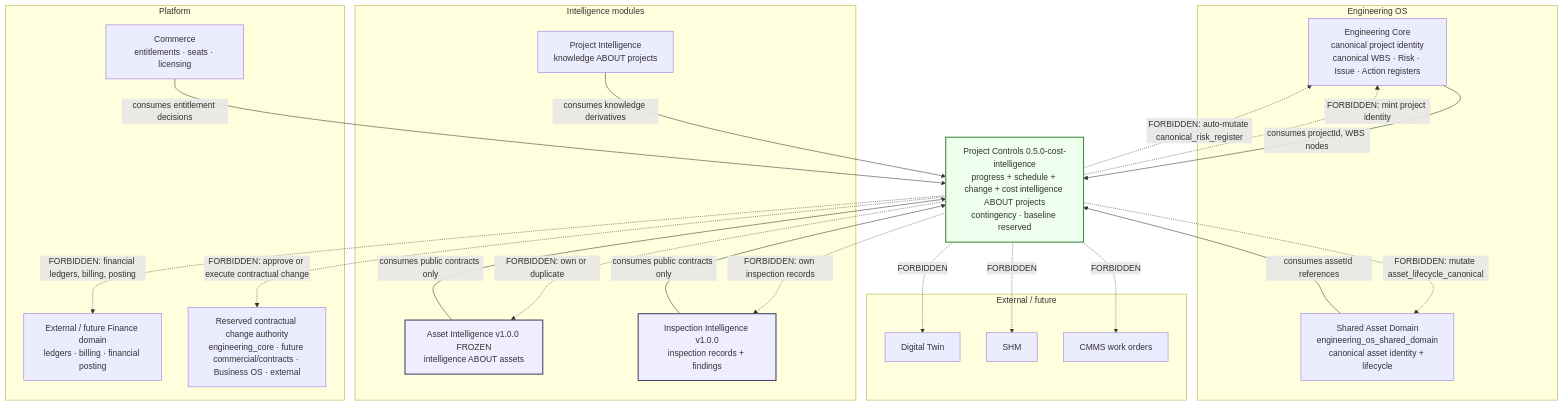
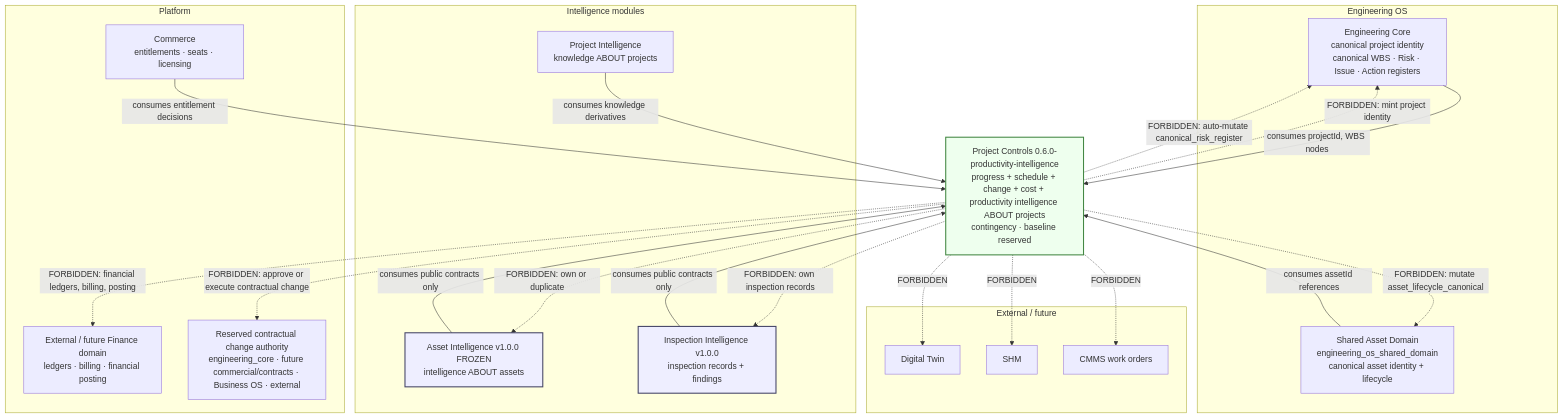
The diagram in docs/architecture/PROJECT_CONTROLS_BOUNDARY_MAP.md (sberso2026/AI-Platform), drawn with Mermaid before and after one commit. The commit also changed other lines of this file and 37 other files, not shown here.

Commit message:
Implement Phase 11F productivity intelligence with governed Project Profile integration.

````diff
--- a/docs/architecture/PROJECT_CONTROLS_BOUNDARY_MAP.md
+++ b/docs/architecture/PROJECT_CONTROLS_BOUNDARY_MAP.md
@@ -11,50 +11,50 @@
 ```mermaid
 flowchart TB
   subgraph EOS["Engineering OS"]
     CORE["Engineering Core<br/>canonical project identity<br/>canonical WBS · Risk · Issue · Action registers"]
     SHARED["Shared Asset Domain<br/>engineering_os_shared_domain<br/>canonical asset identity + lifecycle"]
   end
 
   subgraph MODULES["Intelligence modules"]
     PI["Project Intelligence<br/>knowledge ABOUT projects"]
     AI["Asset Intelligence v1.0.0 FROZEN<br/>intelligence ABOUT assets"]
     II["Inspection Intelligence v1.0.0<br/>inspection records + findings"]
   end
 
   subgraph PLATFORM["Platform"]
     COMMERCE["Commerce<br/>entitlements · seats · licensing"]
     FINANCE["External / future Finance domain<br/>ledgers · billing · financial posting"]
     CONTRACTS["Reserved contractual change authority<br/>engineering_core · future commercial/contracts · Business OS · external"]
   end
 
   subgraph EXTERNAL["External / future"]
     TWIN["Digital Twin"]
     SHM["SHM"]
     CMMS["CMMS work orders"]
   end
 
-  PC["Project Controls 0.5.0-cost-intelligence<br/>progress + schedule + change + cost intelligence ABOUT projects<br/>contingency · baseline reserved"]
+  PC["Project Controls 0.6.0-productivity-intelligence<br/>progress + schedule + change + cost + productivity intelligence ABOUT projects<br/>contingency · baseline reserved"]
 
   CORE -->|consumes projectId, WBS nodes| PC
   PI -->|consumes knowledge derivatives| PC
   AI -->|consumes public contracts only| PC
   II -->|consumes public contracts only| PC
   COMMERCE -->|consumes entitlement decisions| PC
   SHARED -->|consumes assetId references| PC
 
   PC -.->|FORBIDDEN: mint project identity| CORE
   PC -.->|FORBIDDEN: auto-mutate canonical_risk_register| CORE
   PC -.->|FORBIDDEN: mutate asset_lifecycle_canonical| SHARED
   PC -.->|FORBIDDEN: own or duplicate| AI
   PC -.->|FORBIDDEN: own inspection records| II
   PC -.->|FORBIDDEN: financial ledgers, billing, posting| FINANCE
   PC -.->|FORBIDDEN: approve or execute contractual change| CONTRACTS
   PC -.->|FORBIDDEN| TWIN
   PC -.->|FORBIDDEN| SHM
   PC -.->|FORBIDDEN| CMMS
 
   classDef frozen fill:#eef,stroke:#446,stroke-width:2px;
   classDef pc fill:#efe,stroke:#484,stroke-width:2px;
   class AI,II frozen;
   class PC pc;
 ```
````
